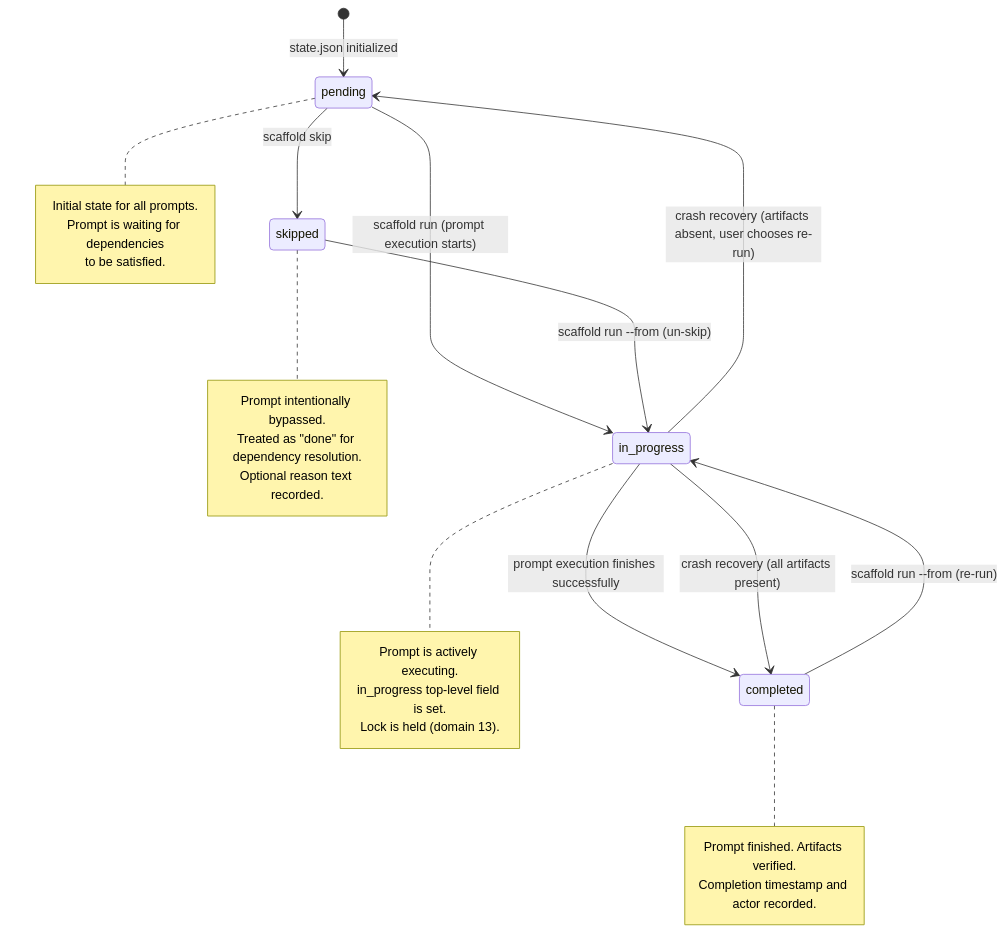
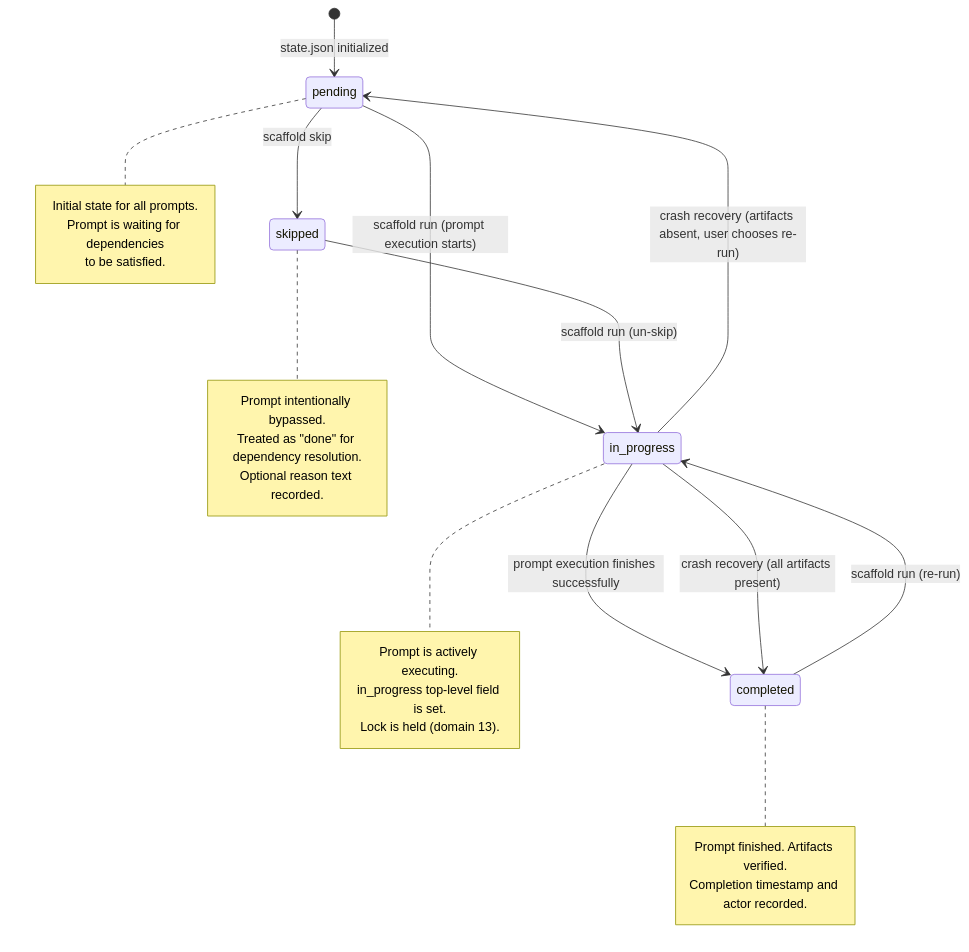
One commit to zigrivers/scaffold changed the first of 2 diagrams in docs/v2/domain-models/03-pipeline-state-machine.md. Above: the diagram before and after it, drawn with Mermaid. The commit also changed other lines of this file and 12 other files, not shown here.

````diff
--- a/docs/v2/domain-models/03-pipeline-state-machine.md
+++ b/docs/v2/domain-models/03-pipeline-state-machine.md
@@ -499,38 +504,38 @@
 ```mermaid
 stateDiagram-v2
     [*] --> pending : state.json initialized
 
     pending --> in_progress : scaffold run (prompt execution starts)
     pending --> skipped : scaffold skip <prompt>
 
     in_progress --> completed : prompt execution finishes successfully
     in_progress --> pending : crash recovery (artifacts absent, user chooses re-run)
     in_progress --> completed : crash recovery (all artifacts present)
 
-    skipped --> in_progress : scaffold run --from <prompt> (un-skip)
+    skipped --> in_progress : scaffold run <prompt> (un-skip)
 
-    completed --> in_progress : scaffold run --from <prompt> (re-run)
+    completed --> in_progress : scaffold run <prompt> (re-run)
 
     note right of pending
         Initial state for all prompts.
         Prompt is waiting for dependencies
         to be satisfied.
     end note
 
     note right of in_progress
         Prompt is actively executing.
         in_progress top-level field is set.
         Lock is held (domain 13).
     end note
 
     note right of completed
         Prompt finished. Artifacts verified.
         Completion timestamp and actor recorded.
     end note
 
     note right of skipped
         Prompt intentionally bypassed.
         Treated as "done" for dependency resolution.
         Optional reason text recorded.
     end note
 ```
````
